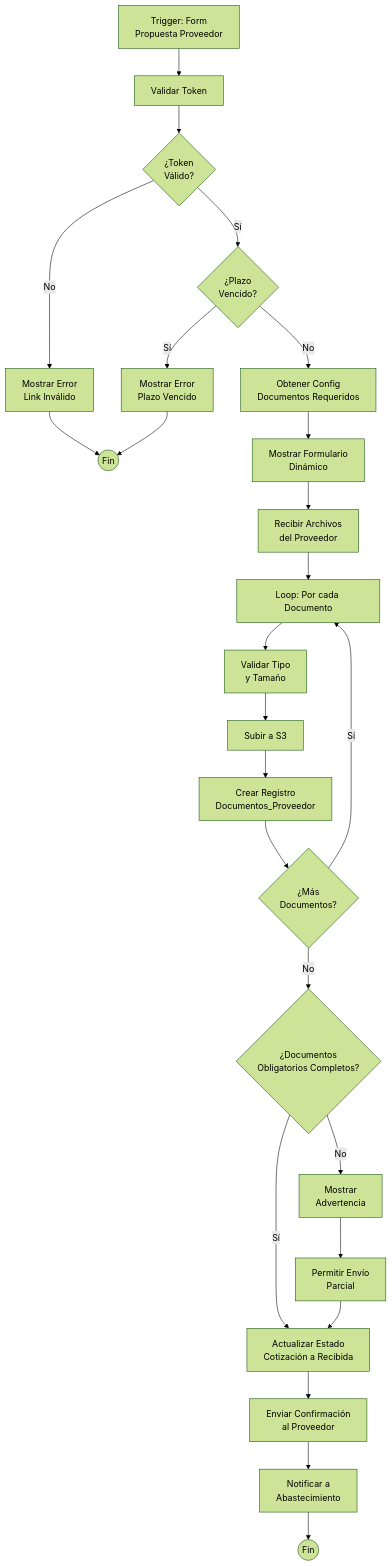
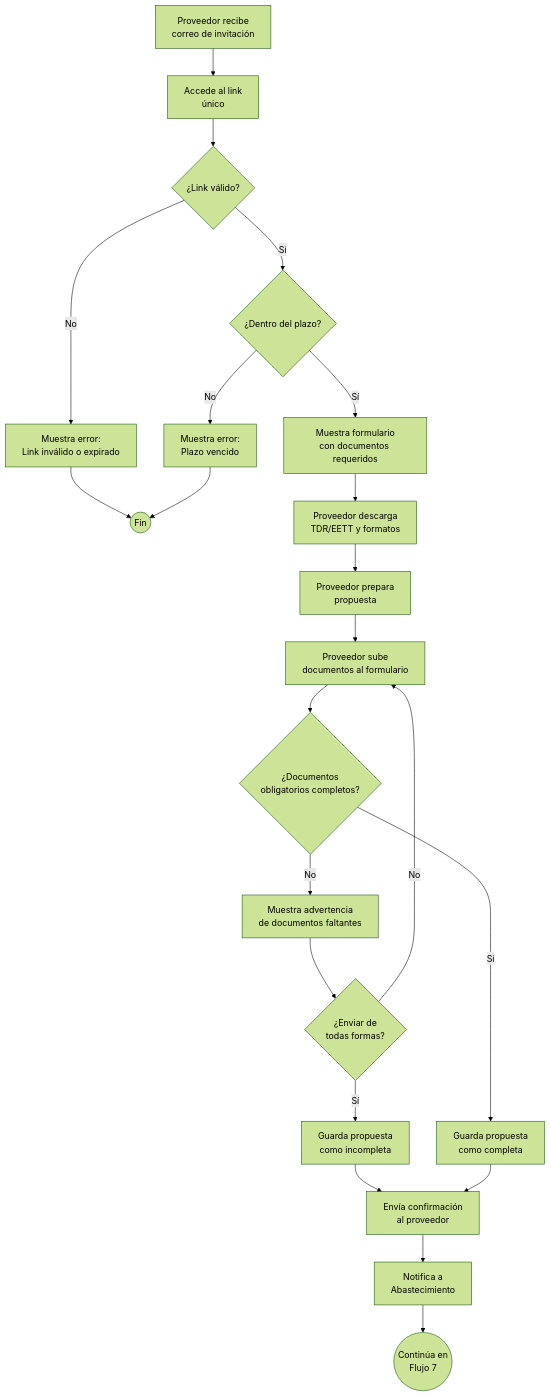
The tenth of 16 diagrams in README.md (lfam200/WorkFlow-n8n), drawn with Mermaid (forest theme) before and after one commit. The commit also changed other lines of this file, not shown here.

````diff
--- a/README.md
+++ b/README.md
@@ -1306,38 +414,31 @@
 ```mermaid
 flowchart TD
-    A[Trigger: Form<br/>Propuesta Proveedor] --> B[Validar Token]
+    A[Proveedor recibe<br/>correo de invitación] --> B[Accede al link<br/>único]
     
-    B --> C{¿Token<br/>Válido?}
-    
-    C -->|No| D[Mostrar Error<br/>Link Inválido]
+    B --> C{¿Link válido?}
+    C -->|No| D[Muestra error:<br/>Link inválido o expirado]
     D --> E((Fin))
     
-    C -->|Sí| F{¿Plazo<br/>Vencido?}
-    
-    F -->|Sí| G[Mostrar Error<br/>Plazo Vencido]
+    C -->|Sí| F{¿Dentro del plazo?}
+    F -->|No| G[Muestra error:<br/>Plazo vencido]
     G --> E
     
-    F -->|No| H[Obtener Config<br/>Documentos Requeridos]
-    H --> I[Mostrar Formulario<br/>Dinámico]
+    F -->|Sí| H[Muestra formulario<br/>con documentos requeridos]
     
-    I --> J[Recibir Archivos<br/>del Proveedor]
-    J --> K[Loop: Por cada Documento]
+    H --> I[Proveedor descarga<br/>TDR/EETT y formatos]
+    I --> J[Proveedor prepara<br/>propuesta]
+    J --> K[Proveedor sube<br/>documentos al formulario]
     
-    K --> L[Validar Tipo<br/>y Tamaño]
-    L --> M[Subir a S3]
-    M --> N[Crear Registro<br/>Documentos_Proveedor]
-    N --> O{¿Más<br/>Documentos?}
+    K --> L{¿Documentos<br/>obligatorios completos?}
+    L -->|No| M[Muestra advertencia<br/>de documentos faltantes]
+    M --> N{¿Enviar de<br/>todas formas?}
+    N -->|No| K
+    N -->|Sí| O[Guarda propuesta<br/>como incompleta]
     
-    O -->|Sí| K
-    O -->|No| P{¿Documentos<br/>Obligatorios Completos?}
+    L -->|Sí| P[Guarda propuesta<br/>como completa]
     
-    P -->|No| Q[Mostrar<br/>Advertencia]
-    Q --> R[Permitir Envío<br/>Parcial]
-    
-    P -->|Sí| S[Actualizar Estado<br/>Cotización a Recibida]
-    R --> S
-    
-    S --> T[Enviar Confirmación<br/>al Proveedor]
-    T --> U[Notificar a<br/>Abastecimiento]
-    U --> V((Fin))
+    O --> Q[Envía confirmación<br/>al proveedor]
+    P --> Q
+    Q --> R[Notifica a<br/>Abastecimiento]
+    R --> S((Continúa en<br/>Flujo 7))
 ```
````
